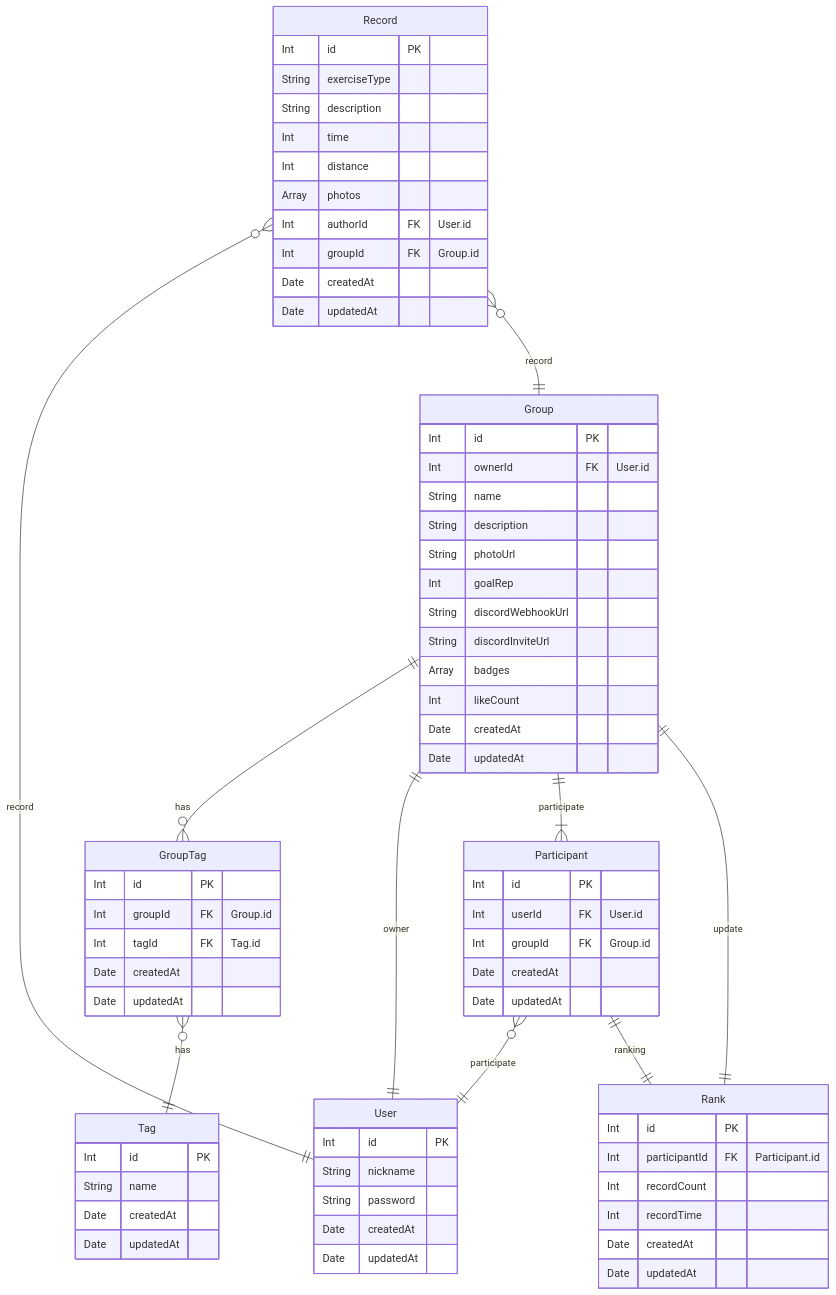
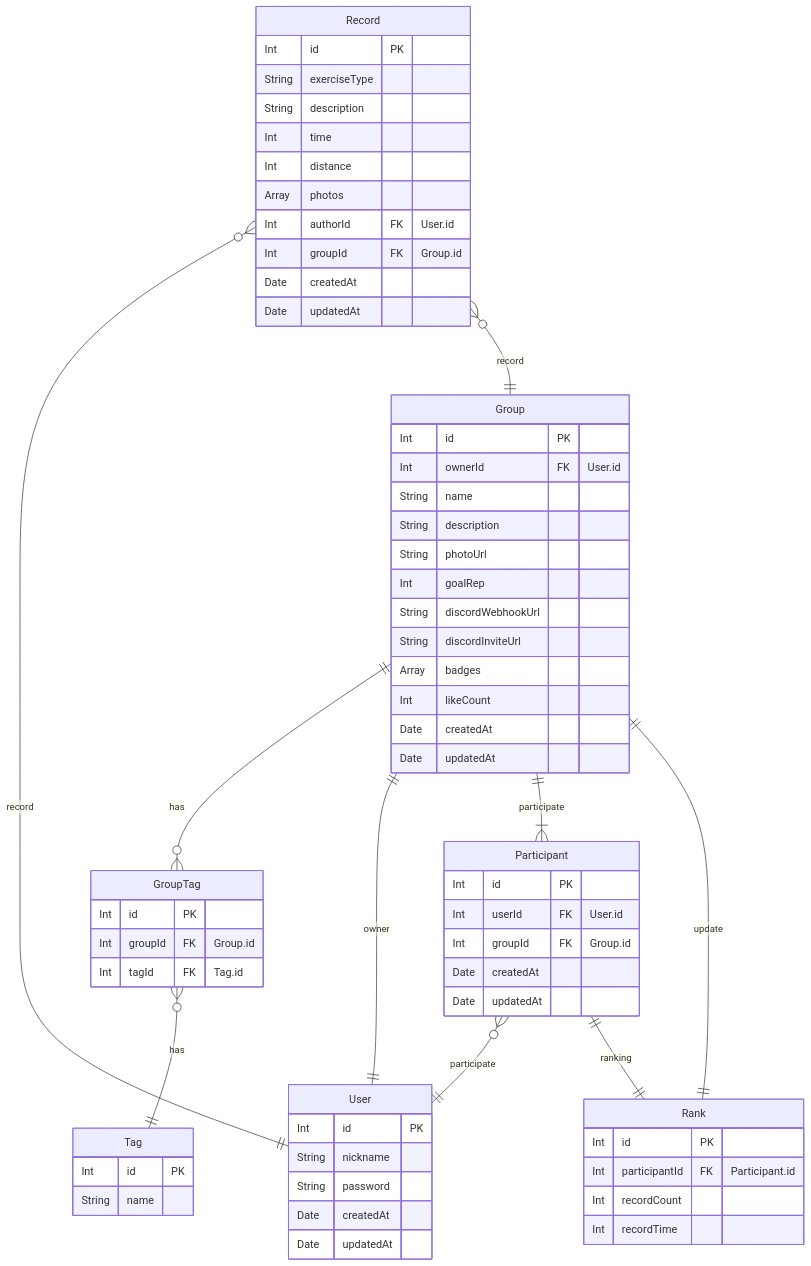
Before and after one commit to nb02-seven-team3/nb02-seven-team3-02: the diagram in README.md, drawn with Mermaid.

````diff
--- a/README.md
+++ b/README.md
@@ -27,74 +27,68 @@
 ```mermaid
 erDiagram
     Group ||--o{ GroupTag: has
     GroupTag }o--|| Tag : has
     Group ||--|| User : owner
     Group ||--|{ Participant : participate
     Participant }o--|| User : participate
     Rank ||--|| Group : update
     Record }o--|| User : record
     Record }o--|| Group : record
     Participant ||--|| Rank : ranking
 
     Tag {
         Int     id              PK
         String  name
-        Date    createdAt
-        Date    updatedAt
     }
     Group { 
         Int     id              PK
         Int     ownerId         FK "User.id"
         String  name
         String  description
         String  photoUrl
         Int     goalRep
         String  discordWebhookUrl
         String  discordInviteUrl
         Array   badges
         Int     likeCount
         Date    createdAt
         Date    updatedAt
     }
     GroupTag {
         Int     id              PK
         Int     groupId         FK "Group.id"
         Int     tagId           FK "Tag.id"
-        Date    createdAt
-        Date    updatedAt
     }
     User {
         Int     id              PK
         String  nickname
         String  password
         Date    createdAt
         Date    updatedAt
     }
     Participant {
         Int     id              PK
         Int     userId          FK "User.id"
         Int     groupId         FK "Group.id"
         Date    createdAt
         Date    updatedAt
     }
     Record {
         Int     id              PK
         String  exerciseType
         String  description
         Int     time
         Int     distance
         Array   photos
         Int     authorId        FK "User.id"
         Int     groupId         FK "Group.id"
         Date    createdAt
         Date    updatedAt
     }
     Rank {
         Int     id              PK
         Int     participantId   FK "Participant.id"
         Int     recordCount
         Int     recordTime
-        Date    createdAt
-        Date    updatedAt
     }
 ```
````
